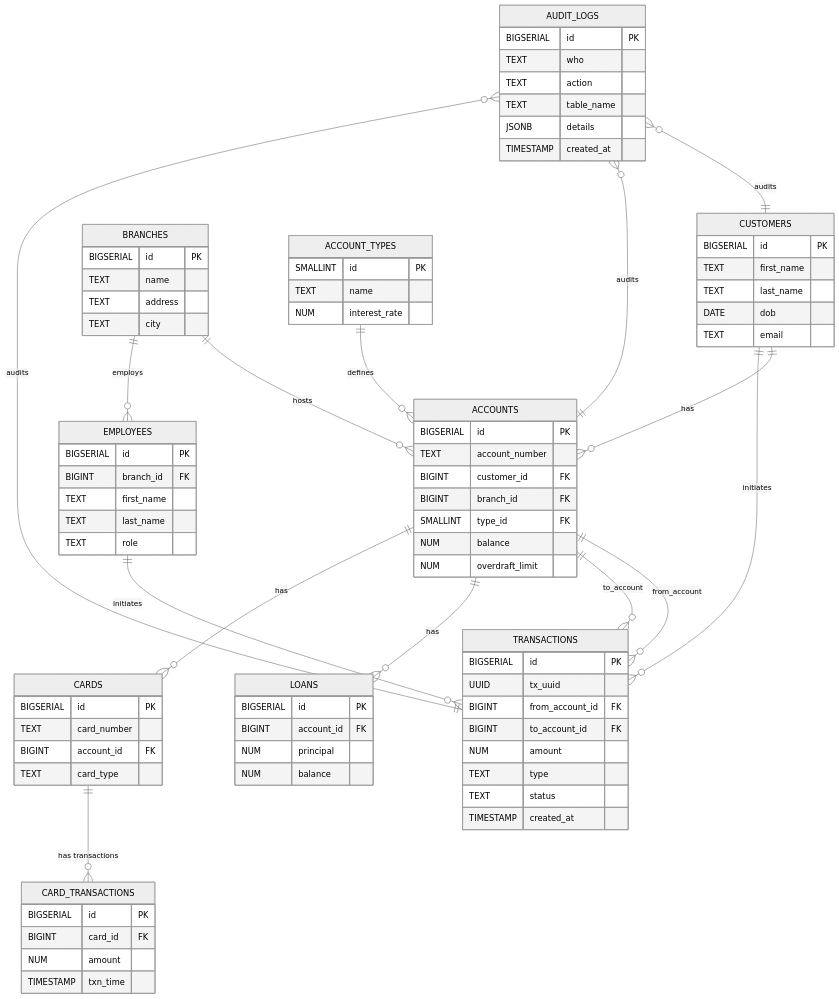
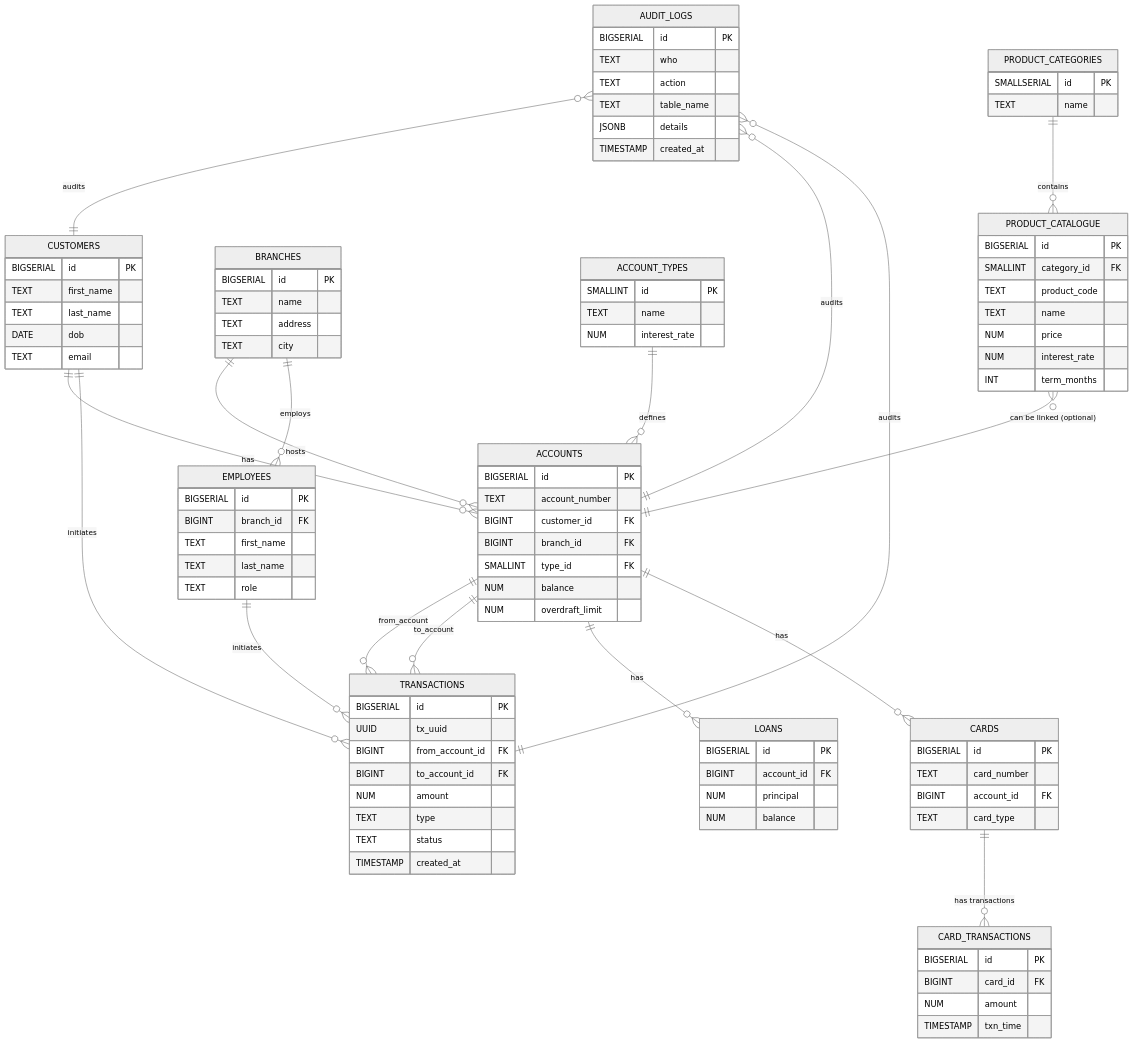
Before and after one commit to ssp67/SSPBank: the diagram in docs/erd.mmd, drawn with Mermaid (neutral theme). The commit also changed 5 other files, not shown here.

Commit message:
Add ProductCategories and ProductCatalogue with sample products (Canadian)

```diff
--- a/docs/erd.mmd
+++ b/docs/erd.mmd
@@ -1,96 +1,114 @@
 erDiagram
     CUSTOMERS {
         BIGSERIAL id PK
         TEXT first_name
         TEXT last_name
         DATE dob
         TEXT email
     }
 
     BRANCHES {
         BIGSERIAL id PK
         TEXT name
         TEXT address
         TEXT city
     }
 
     EMPLOYEES {
         BIGSERIAL id PK
         BIGINT branch_id FK
         TEXT first_name
         TEXT last_name
         TEXT role
     }
 
     ACCOUNT_TYPES {
         SMALLINT id PK
         TEXT name
         NUM interest_rate
     }
 
     ACCOUNTS {
         BIGSERIAL id PK
         TEXT account_number
         BIGINT customer_id FK
         BIGINT branch_id FK
         SMALLINT type_id FK
         NUM balance
         NUM overdraft_limit
     }
 
     TRANSACTIONS {
         BIGSERIAL id PK
         UUID tx_uuid
         BIGINT from_account_id FK
         BIGINT to_account_id FK
         NUM amount
         TEXT type
         TEXT status
         TIMESTAMP created_at
     }
 
     LOANS {
         BIGSERIAL id PK
         BIGINT account_id FK
         NUM principal
         NUM balance
     }
 
     CARDS {
         BIGSERIAL id PK
         TEXT card_number
         BIGINT account_id FK
         TEXT card_type
     }
 
     CARD_TRANSACTIONS {
         BIGSERIAL id PK
         BIGINT card_id FK
         NUM amount
         TIMESTAMP txn_time
     }
 
     AUDIT_LOGS {
         BIGSERIAL id PK
         TEXT who
         TEXT action
         TEXT table_name
         JSONB details
         TIMESTAMP created_at
     }
 
     CUSTOMERS ||--o{ ACCOUNTS : has
     BRANCHES ||--o{ ACCOUNTS : hosts
     ACCOUNT_TYPES ||--o{ ACCOUNTS : defines
     ACCOUNTS ||--o{ TRANSACTIONS : "from_account"
     ACCOUNTS ||--o{ TRANSACTIONS : "to_account"
     ACCOUNTS ||--o{ LOANS : has
     ACCOUNTS ||--o{ CARDS : has
     CARDS ||--o{ CARD_TRANSACTIONS : "has transactions"
     BRANCHES ||--o{ EMPLOYEES : employs
     EMPLOYEES ||--o{ TRANSACTIONS : initiates
     CUSTOMERS ||--o{ TRANSACTIONS : initiates
 
     AUDIT_LOGS }o--|| CUSTOMERS : "audits"
     AUDIT_LOGS }o--|| ACCOUNTS : "audits"
     AUDIT_LOGS }o--|| TRANSACTIONS : "audits"
+
+    PRODUCT_CATEGORIES {
+        SMALLSERIAL id PK
+        TEXT name
+    }
+
+    PRODUCT_CATALOGUE {
+        BIGSERIAL id PK
+        SMALLINT category_id FK
+        TEXT product_code
+        TEXT name
+        NUM price
+        NUM interest_rate
+        INT term_months
+    }
+
+    PRODUCT_CATEGORIES ||--o{ PRODUCT_CATALOGUE : contains
+    PRODUCT_CATALOGUE }o--|| ACCOUNTS : "can be linked (optional)"
```
